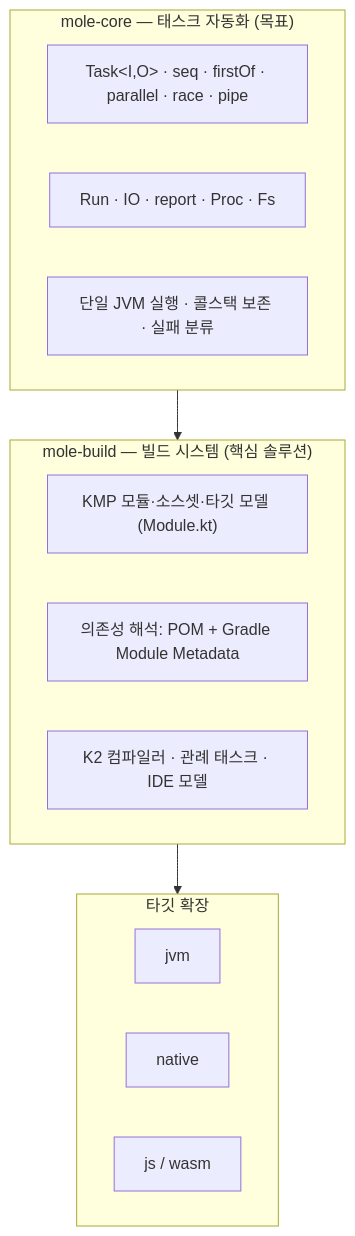
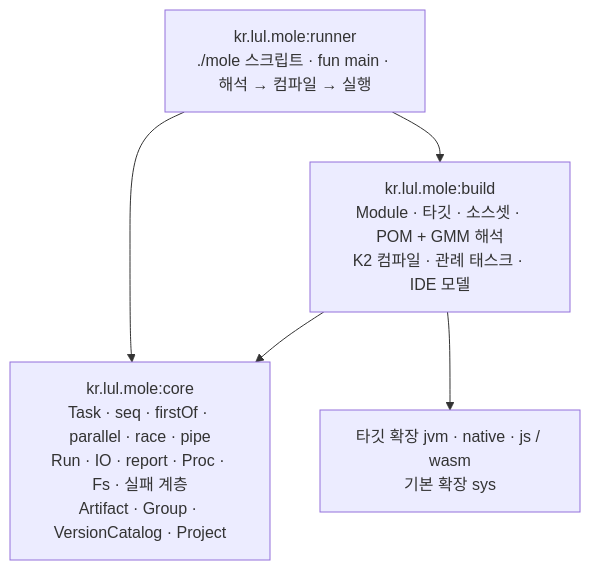
One commit to JustBurrow/JustBurrow.github.io changed the first of 3 diagrams in _posts/2026-09-21-mole-quick-start.md. Above: the diagram before and after it, drawn with Mermaid. The commit also changed other lines of this file, not shown here.

First line of the commit message:
🖊️ mole 설계 메모를 세 아티팩트·세 단계 모델로 전면 재작성.

````diff
--- a/_posts/2026-09-21-mole-quick-start.md
+++ b/_posts/2026-09-21-mole-quick-start.md
@@ -24,22 +24,10 @@
 ```mermaid
 flowchart TB
-    subgraph task["mole-core — 태스크 자동화 (목표)"]
-        direction LR
-        t1["Task&lt;I,O&gt; · seq · firstOf · parallel · race · pipe"]
-        t2["Run · IO · report · Proc · Fs"]
-        t3["단일 JVM 실행 · 콜스택 보존 · 실패 분류"]
-    end
-    subgraph build["mole-build — 빌드 시스템 (핵심 솔루션)"]
-        direction LR
-        b1["KMP 모듈·소스셋·타깃 모델 (Module.kt)"]
-        b2["의존성 해석: POM + Gradle Module Metadata"]
-        b3["K2 컴파일러 · 관례 태스크 · IDE 모델"]
-    end
-    subgraph ext["타깃 확장"]
-        direction LR
-        jvm["jvm"]
-        native["native"]
-        js["js / wasm"]
-    end
-    task --> build --> ext
+    runner["kr.lul.mole:runner<br/>./mole 스크립트 · fun main · 해석 → 컴파일 → 실행"]
+    core["kr.lul.mole:core<br/>Task · seq · firstOf · parallel · race · pipe<br/>Run · IO · report · Proc · Fs · 실패 계층<br/>Artifact · Group · VersionCatalog · Project"]
+    build["kr.lul.mole:build<br/>Module · 타깃 · 소스셋 · POM + GMM 해석<br/>K2 컴파일 · 관례 태스크 · IDE 모델"]
+    ext["타깃 확장 jvm · native · js / wasm<br/>기본 확장 sys"]
+    runner --> core
+    runner --> build --> core
+    build --> ext
 ```
````
